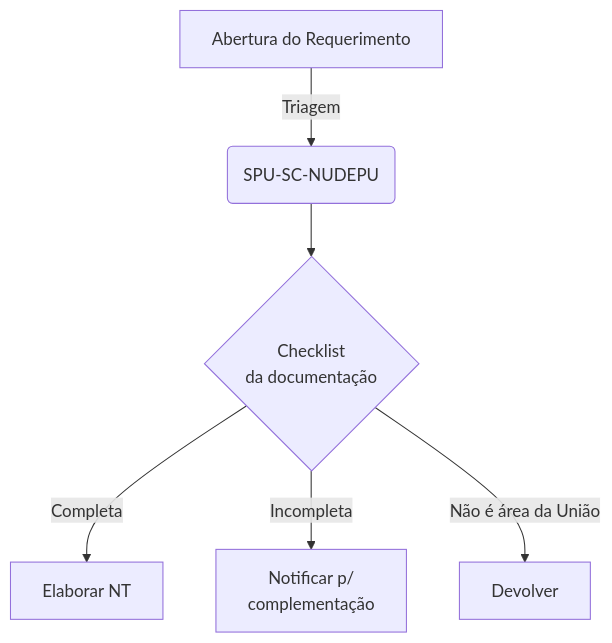
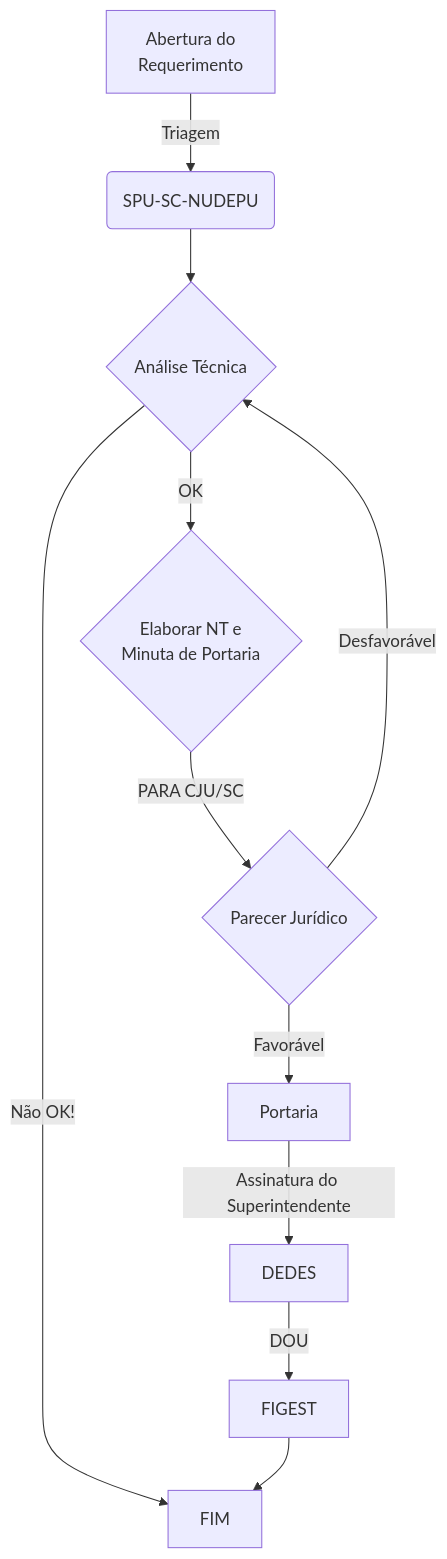
The diagram in fluxograma/index.md (NUDEPU/autObras), drawn with Mermaid before and after one commit. The commit also changed other lines of this file, not shown here.

Commit message:
updates flowchart.

````diff
--- a/fluxograma/index.md
+++ b/fluxograma/index.md
@@ -6,8 +6,13 @@
 ```mermaid
 graph TD
-  A[Abertura do Requerimento <br>] -->|Triagem| B(SPU-SC-NUDEPU)
-  B --> C{Checklist <br> da documentação}
-  C -->|Completa| D[Elaborar NT]
-  C -->|Incompleta| E[Notificar p/ <br> complementação]
-  C -->|Não é área da União| F[Devolver]
+  A[Abertura do <br> Requerimento] -->|Triagem| B(SPU-SC-NUDEPU)
+  B --> C{Análise Técnica}
+  C -->|OK| D{Elaborar NT e <br> Minuta de Portaria}
+  C -->|Não OK!| F[FIM]
+  D -->|PARA CJU/SC| I{Parecer Jurídico}
+  I -->|Favorável| J[Portaria]
+  J -->|Assinatura do Superintendente| K[DEDES]
+  I -->|Desfavorável| C
+  K -->|DOU| L[FIGEST]
+  L --> F
 ```
````
